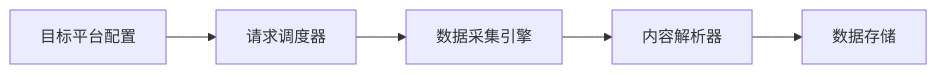
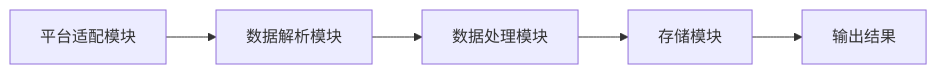
The sixth of 12 diagrams in reports/2026/01/2026-01-13.md (wayyoungboy/github-trending-reporter), drawn with Mermaid before and after one commit. The commit also changed other lines of this file and 1 other file, not shown here.

````diff
--- a/reports/2026/01/2026-01-13.md
+++ b/reports/2026/01/2026-01-13.md
@@ -308,7 +316,7 @@
 ```mermaid
 graph LR
-    A[目标平台配置] --> B[请求调度器]
-    B --> C[数据采集引擎]
-    C --> D[内容解析器]
-    D --> E[数据存储]
+    A[平台适配模块] --> B[数据解析模块]
+    B --> C[数据处理模块]
+    C --> D[存储模块]
+    D --> E[输出结果]
 ```
````
